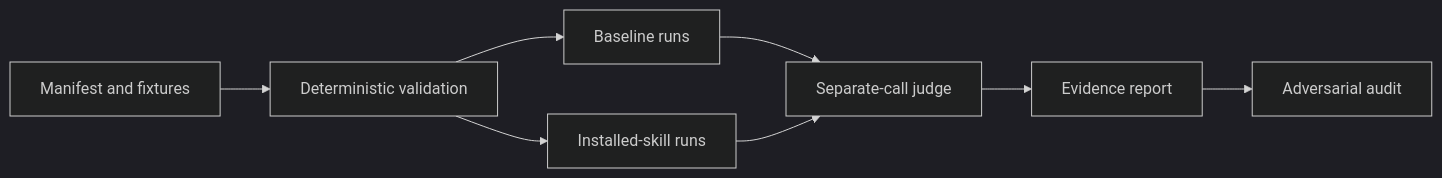
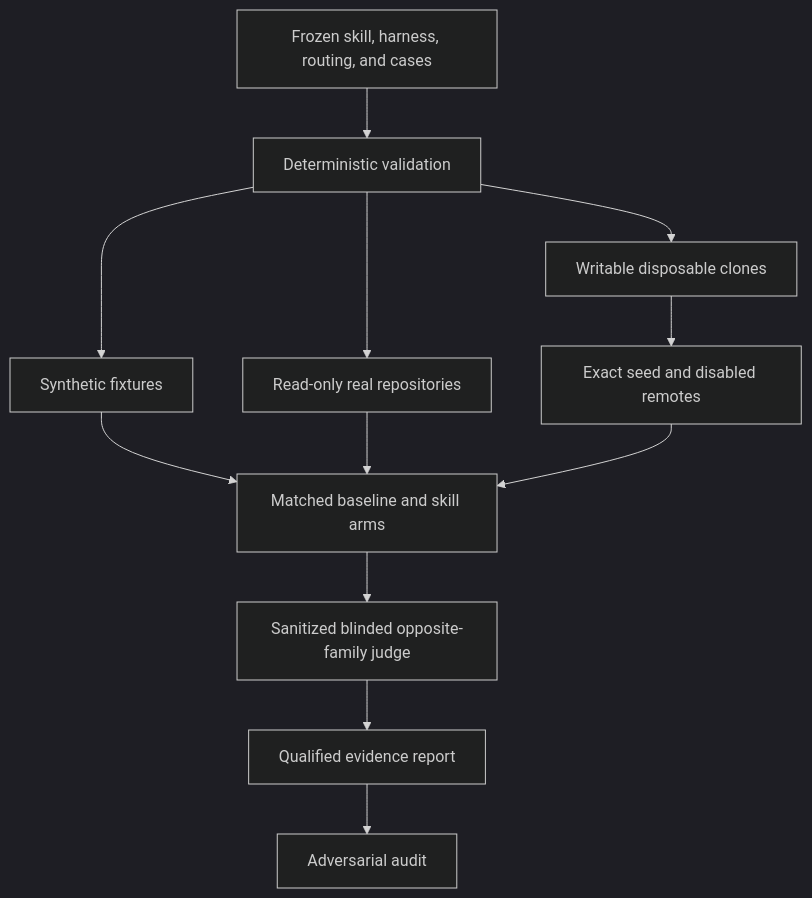
One commit to abdul-shaikh-dev/code-territory-guide changed the fourth of 4 diagrams in README.md. Above: the diagram before and after it, drawn with Mermaid (dark theme). The commit also changed other lines of this file and 19 other files, not shown here.

Commit message:
Add writable real-repository evaluation harness

````diff
--- a/README.md
+++ b/README.md
@@ -238,10 +238,14 @@
 ```mermaid
-flowchart LR
-    M[Manifest and fixtures] --> V[Deterministic validation]
-    V --> B[Baseline runs]
-    V --> T[Installed-skill runs]
-    B --> J[Separate-call judge]
-    T --> J
-    J --> R[Evidence report]
+flowchart TD
+    L[Frozen skill, harness, routing, and cases] --> V[Deterministic validation]
+    V --> S[Synthetic fixtures]
+    V --> RO[Read-only real repositories]
+    V --> RW[Writable disposable clones]
+    RW --> I[Exact seed and disabled remotes]
+    S --> P[Matched baseline and skill arms]
+    RO --> P
+    I --> P
+    P --> J[Sanitized blinded opposite-family judge]
+    J --> R[Qualified evidence report]
     R --> A[Adversarial audit]
 ```
````
